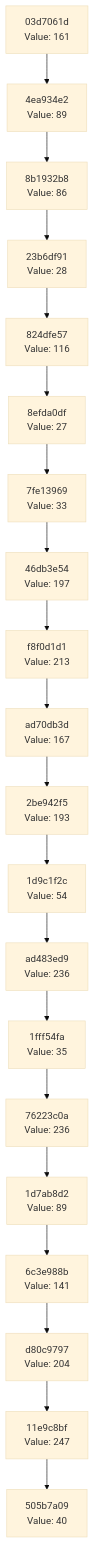
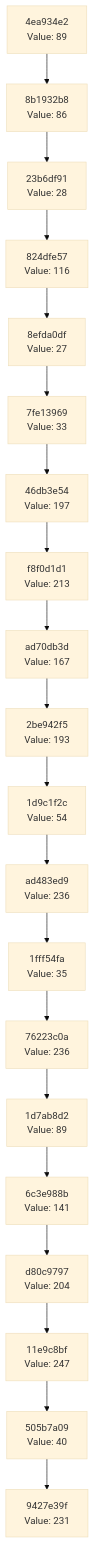
The diagram in docs/CHAIN_VISUALIZATION.md (Abhisheksinha1506/hash-chain-evolver), drawn with Mermaid (base theme) before and after one commit. The commit also changed 3 other files, not shown here.

````diff
--- a/docs/CHAIN_VISUALIZATION.md
+++ b/docs/CHAIN_VISUALIZATION.md
@@ -3,42 +3,42 @@
 ```mermaid
 graph TD
-    C0["505b7a09<br/>Value: 40"]
-    C1["11e9c8bf<br/>Value: 247"]
+    C0["9427e39f<br/>Value: 231"]
+    C1["505b7a09<br/>Value: 40"]
     C1 --> C0
-    C2["d80c9797<br/>Value: 204"]
+    C2["11e9c8bf<br/>Value: 247"]
     C2 --> C1
-    C3["6c3e988b<br/>Value: 141"]
+    C3["d80c9797<br/>Value: 204"]
     C3 --> C2
-    C4["1d7ab8d2<br/>Value: 89"]
+    C4["6c3e988b<br/>Value: 141"]
     C4 --> C3
-    C5["76223c0a<br/>Value: 236"]
+    C5["1d7ab8d2<br/>Value: 89"]
     C5 --> C4
-    C6["1fff54fa<br/>Value: 35"]
+    C6["76223c0a<br/>Value: 236"]
     C6 --> C5
-    C7["ad483ed9<br/>Value: 236"]
+    C7["1fff54fa<br/>Value: 35"]
     C7 --> C6
-    C8["1d9c1f2c<br/>Value: 54"]
+    C8["ad483ed9<br/>Value: 236"]
     C8 --> C7
-    C9["2be942f5<br/>Value: 193"]
+    C9["1d9c1f2c<br/>Value: 54"]
     C9 --> C8
-    C10["ad70db3d<br/>Value: 167"]
+    C10["2be942f5<br/>Value: 193"]
     C10 --> C9
-    C11["f8f0d1d1<br/>Value: 213"]
+    C11["ad70db3d<br/>Value: 167"]
     C11 --> C10
-    C12["46db3e54<br/>Value: 197"]
+    C12["f8f0d1d1<br/>Value: 213"]
     C12 --> C11
-    C13["7fe13969<br/>Value: 33"]
+    C13["46db3e54<br/>Value: 197"]
     C13 --> C12
-    C14["8efda0df<br/>Value: 27"]
+    C14["7fe13969<br/>Value: 33"]
     C14 --> C13
-    C15["824dfe57<br/>Value: 116"]
+    C15["8efda0df<br/>Value: 27"]
     C15 --> C14
-    C16["23b6df91<br/>Value: 28"]
+    C16["824dfe57<br/>Value: 116"]
     C16 --> C15
-    C17["8b1932b8<br/>Value: 86"]
+    C17["23b6df91<br/>Value: 28"]
     C17 --> C16
-    C18["4ea934e2<br/>Value: 89"]
+    C18["8b1932b8<br/>Value: 86"]
     C18 --> C17
-    C19["03d7061d<br/>Value: 161"]
+    C19["4ea934e2<br/>Value: 89"]
     C19 --> C18
 ```
````
